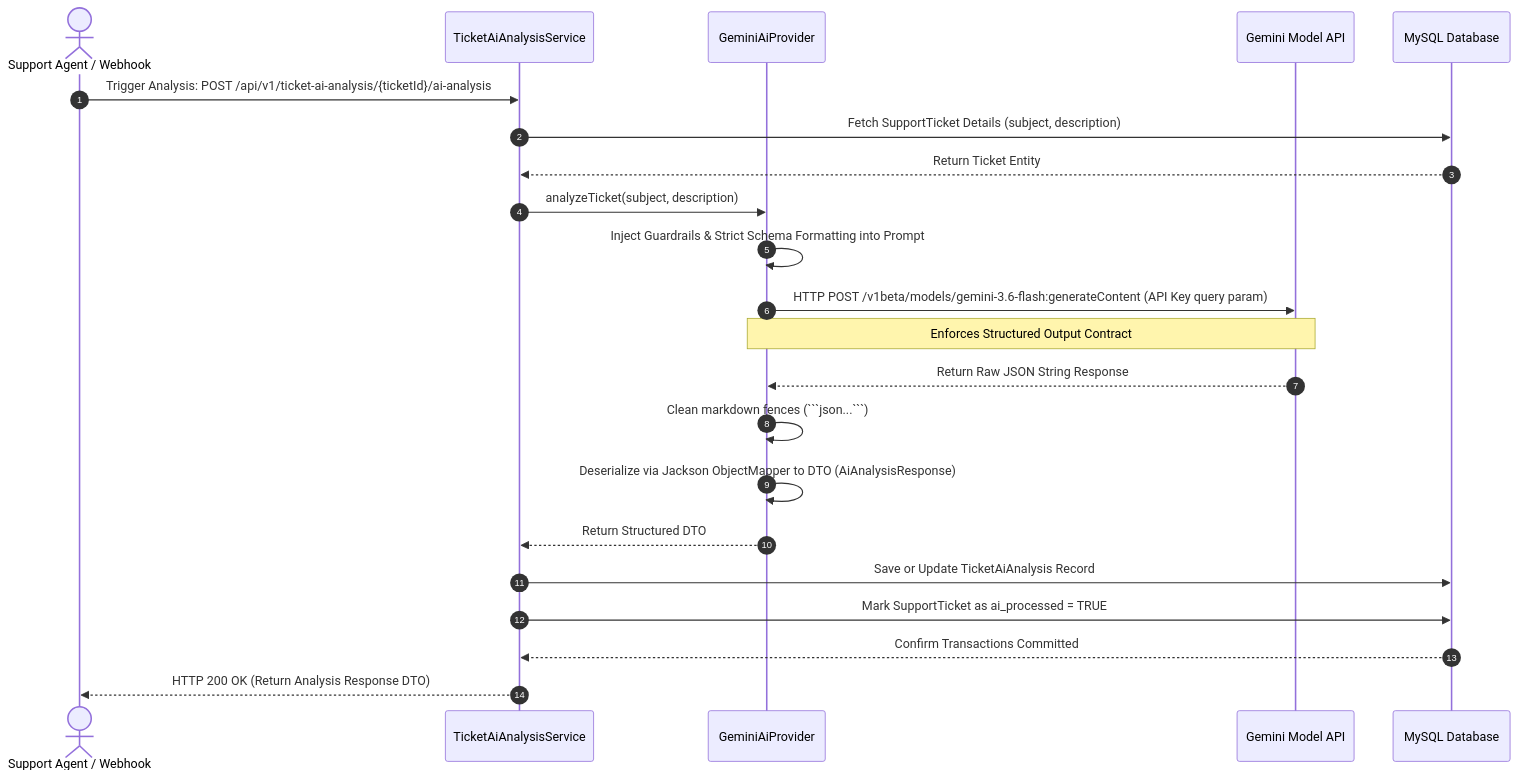
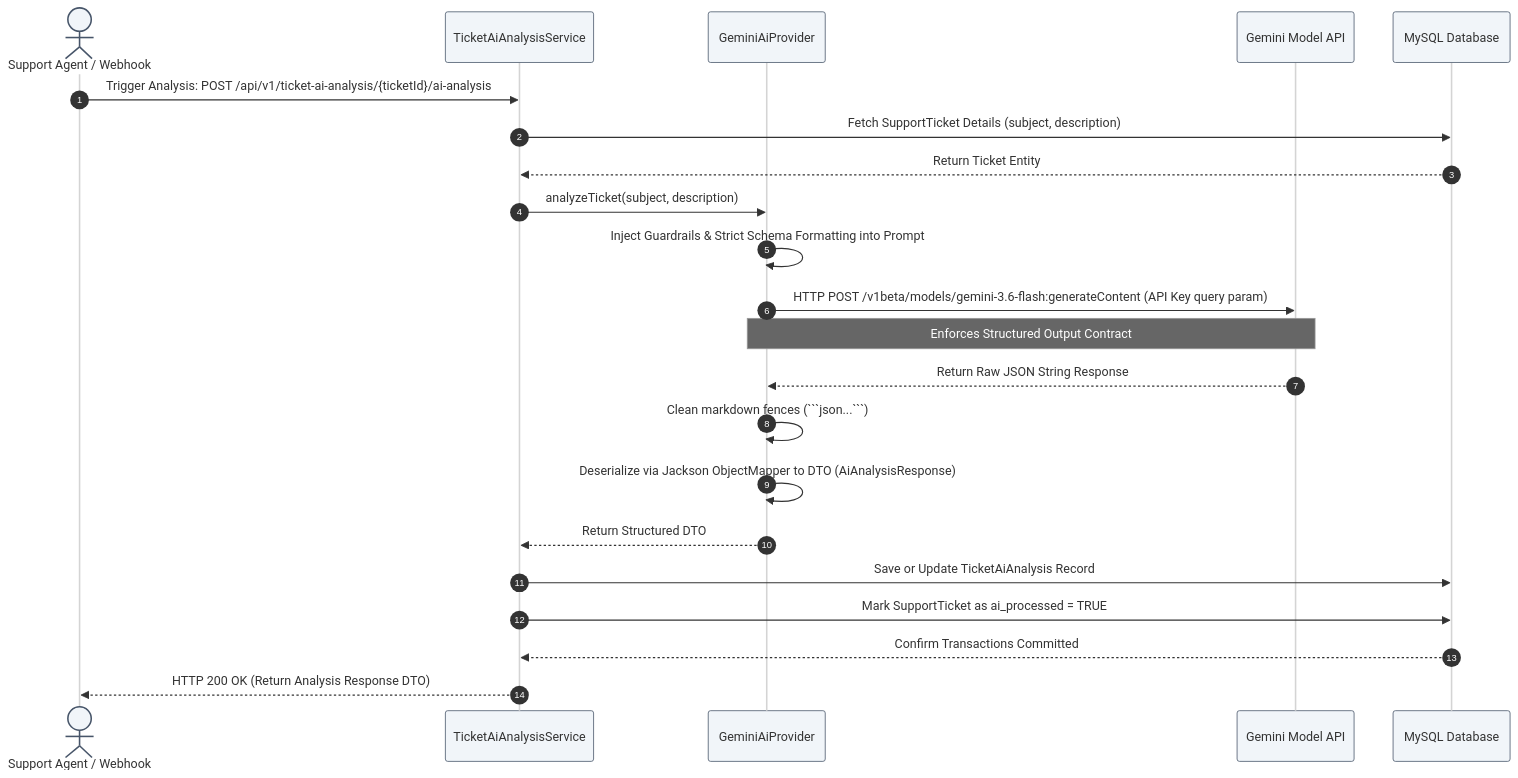
One commit to amarenderreddyvoladri/customer-support-ai-service changed the third of 3 diagrams in README.md. Above: the diagram before and after it, drawn with Mermaid. The commit also changed other lines of this file, not shown here.

Commit message:
docs: create README with system flowcharts and setup guide

````diff
--- a/README.md
+++ b/README.md
@@ -131,28 +130,29 @@
 ```mermaid
+%%{init: {'theme': 'neutral', 'themeVariables': { 'fontFamily': 'Fira Code, monospace', 'primaryColor': '#F8FAFC', 'lineColor': '#64748B', 'nodeBorder': '#CBD5E1', 'actorBorder': '#475569', 'actorBkg': '#F1F5F9' }}}%%
 sequenceDiagram
     autonumber
     actor Operations as Support Agent / Webhook
     participant TAS as TicketAiAnalysisService
     participant GP as GeminiAiProvider
     participant GAPI as Gemini Model API
     participant DB as MySQL Database
 
     Operations->>TAS: Trigger Analysis: POST /api/v1/ticket-ai-analysis/{ticketId}/ai-analysis
     TAS->>DB: Fetch SupportTicket Details (subject, description)
     DB-->>TAS: Return Ticket Entity
 
     TAS->>GP: analyzeTicket(subject, description)
     GP->>GP: Inject Guardrails & Strict Schema Formatting into Prompt
     GP->>GAPI: HTTP POST /v1beta/models/gemini-3.6-flash:generateContent (API Key query param)
     Note over GP,GAPI: Enforces Structured Output Contract
 
     GAPI-->>GP: Return Raw JSON String Response
     GP->>GP: Clean markdown fences (```json...```)
     GP->>GP: Deserialize via Jackson ObjectMapper to DTO (AiAnalysisResponse)
     GP-->>TAS: Return Structured DTO
 
     TAS->>DB: Save or Update TicketAiAnalysis Record
     TAS->>DB: Mark SupportTicket as ai_processed = TRUE
     DB-->>TAS: Confirm Transactions Committed
     TAS-->>Operations: HTTP 200 OK (Return Analysis Response DTO)
 ```
````
